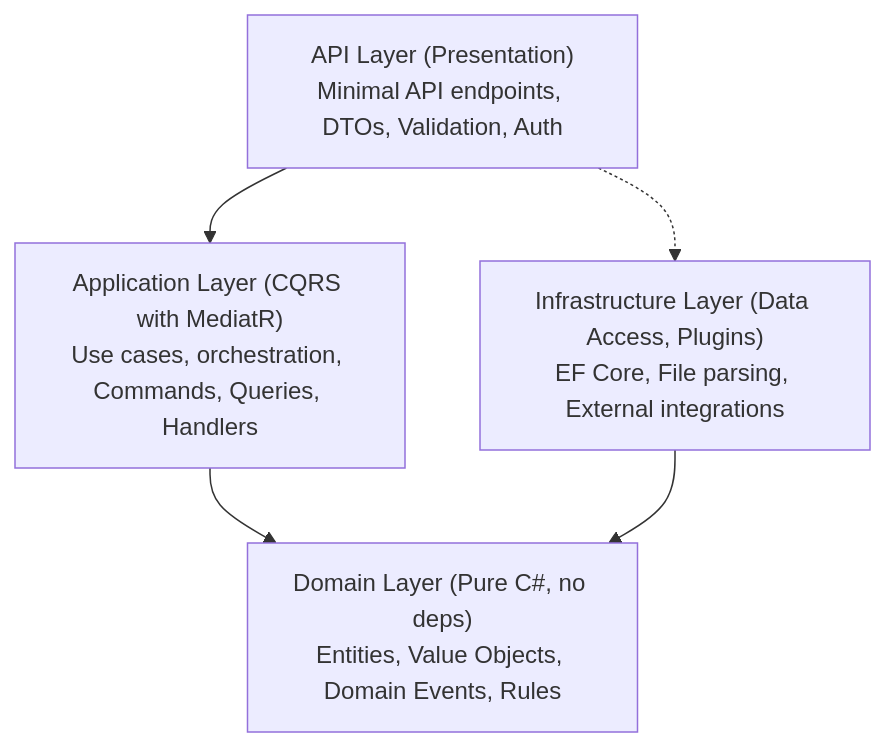
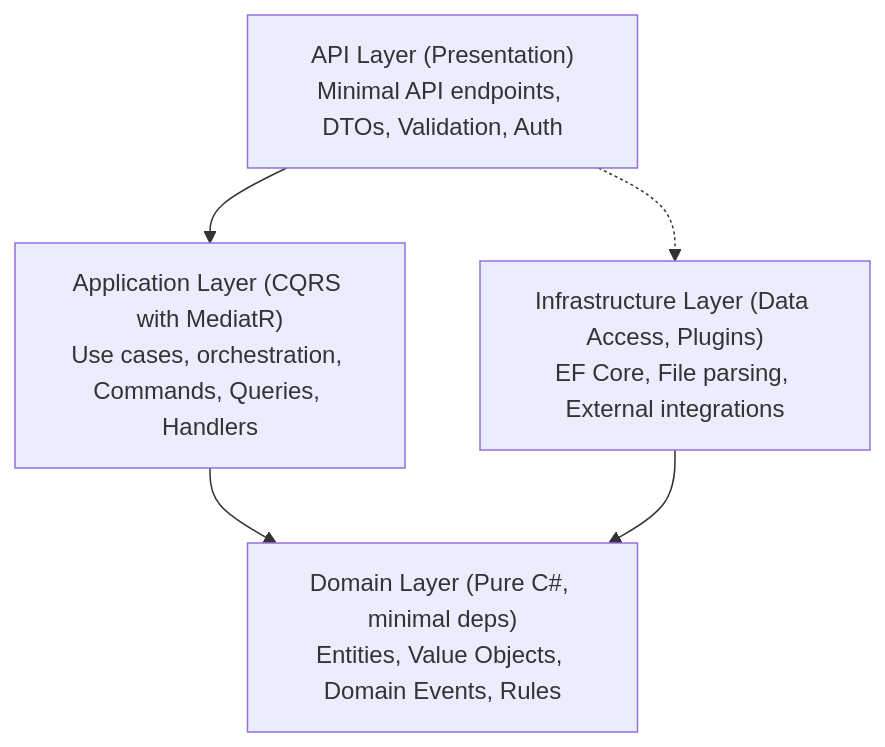
One commit to davidhayesbc/finance changed the second of 5 diagrams in docs/IMPLEMENTATION-PLAN.md. Above: the diagram before and after it, drawn with Mermaid. The commit also changed other lines of this file and 4 other files, not shown here.

Commit message:
feat(docs): Update documentation for plugin architecture, data loader, and implementation plan

````diff
--- a/docs/IMPLEMENTATION-PLAN.md
+++ b/docs/IMPLEMENTATION-PLAN.md
@@ -101,12 +102,12 @@
 ```mermaid
 graph TB
     A["API Layer (Presentation)<br/>Minimal API endpoints, DTOs, Validation, Auth"]
     B["Application Layer (CQRS with MediatR)<br/>Use cases, orchestration, Commands, Queries, Handlers"]
-    C["Domain Layer (Pure C#, no deps)<br/>Entities, Value Objects, Domain Events, Rules"]
+    C["Domain Layer (Pure C#, minimal deps)<br/>Entities, Value Objects, Domain Events, Rules"]
     D["Infrastructure Layer (Data Access, Plugins)<br/>EF Core, File parsing, External integrations"]
 
     A --> B
     B --> C
     D --> C
     A -.-> D
 ```
````
